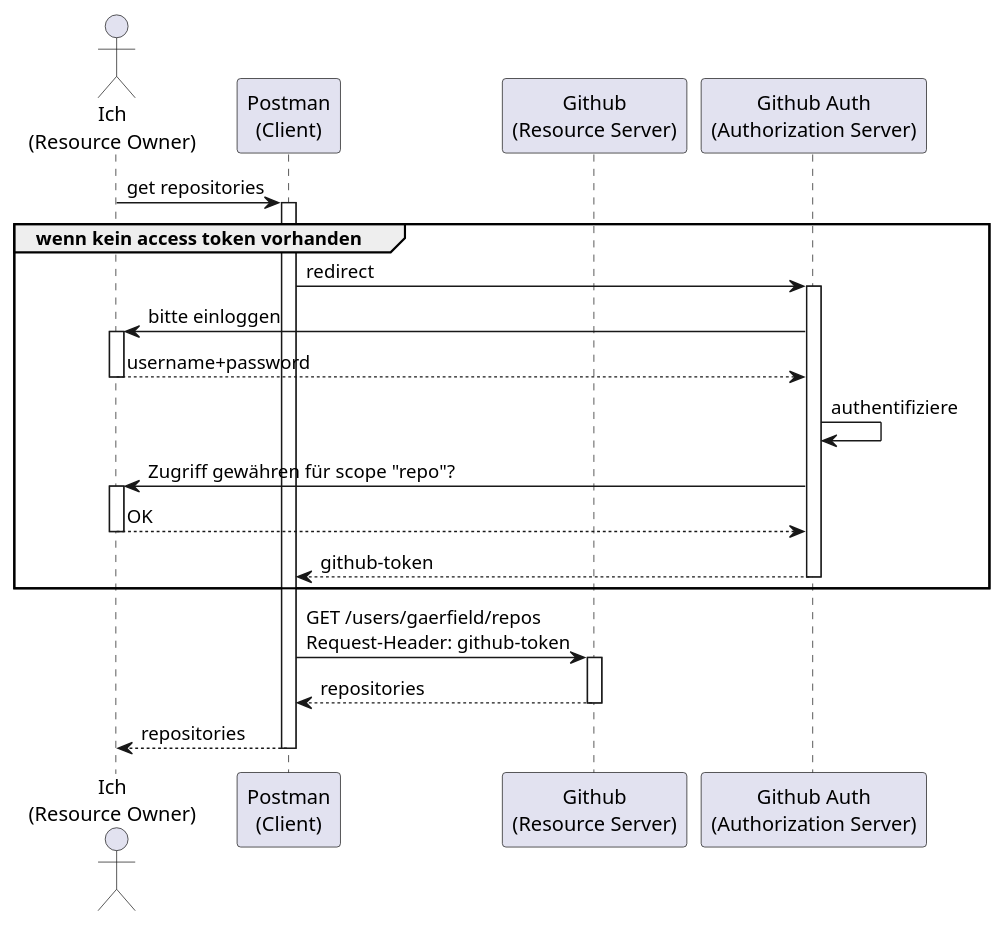
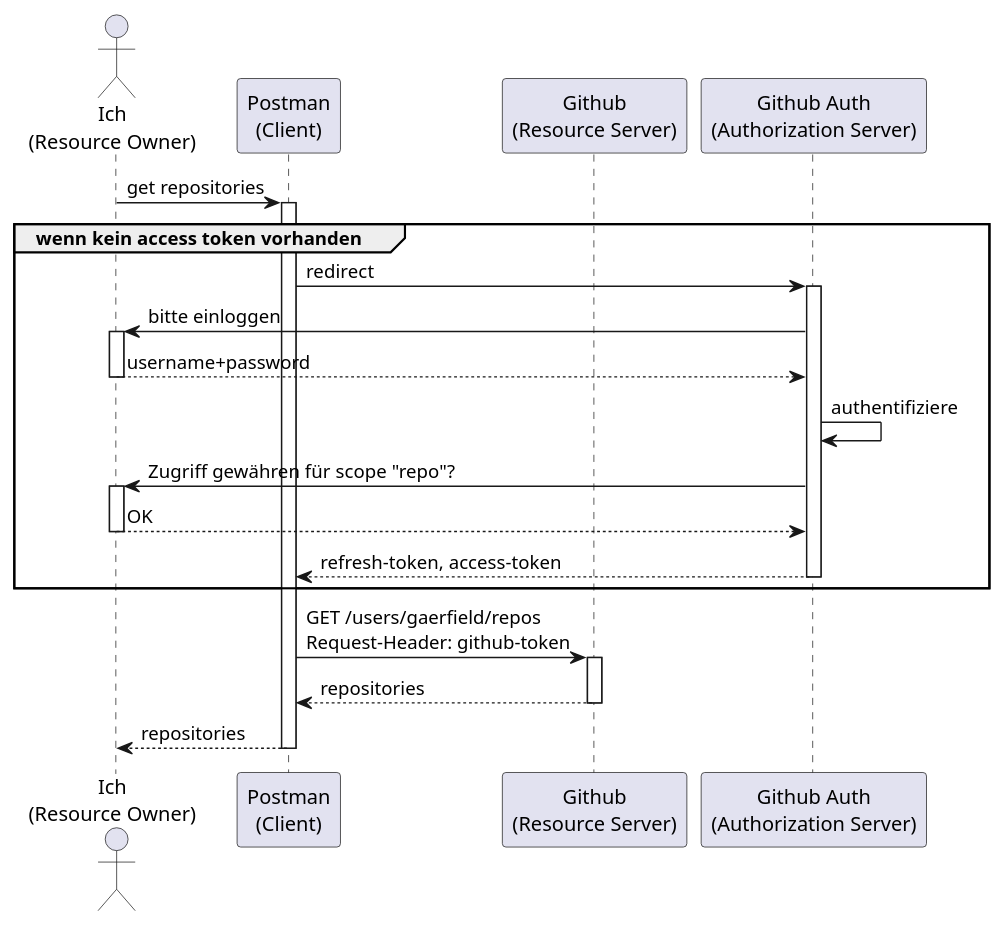
The diagram in 3_oauth.md (gaerfield/2021-08-oauth2-talk), drawn with PlantUML before and after one commit. The commit also changed other lines of this file and 4 other files, not shown here.

````diff
--- a/3_oauth.md
+++ b/3_oauth.md
@@ -55,21 +55,21 @@
 ```puml
 
 Actor "Ich\n(Resource Owner)" as reso
 participant "Postman\n(Client)" as client
 participant "Github\n(Resource Server)" as ress
 participant "Github Auth\n(Authorization Server)" as auth
 
 reso -> client++ : get repositories
 group wenn kein access token vorhanden
 client -> auth++ : redirect
 auth -> reso++ : bitte einloggen
 return username+password
 auth -> auth : authentifiziere
 auth -> reso++ : Zugriff gewähren für scope "repo"?
 return OK
-return github-token
+return refresh-token, access-token
 end
 client -> ress++ : GET /users/gaerfield/repos\nRequest-Header: github-token
 return repositories
 return repositories
 ```
````
